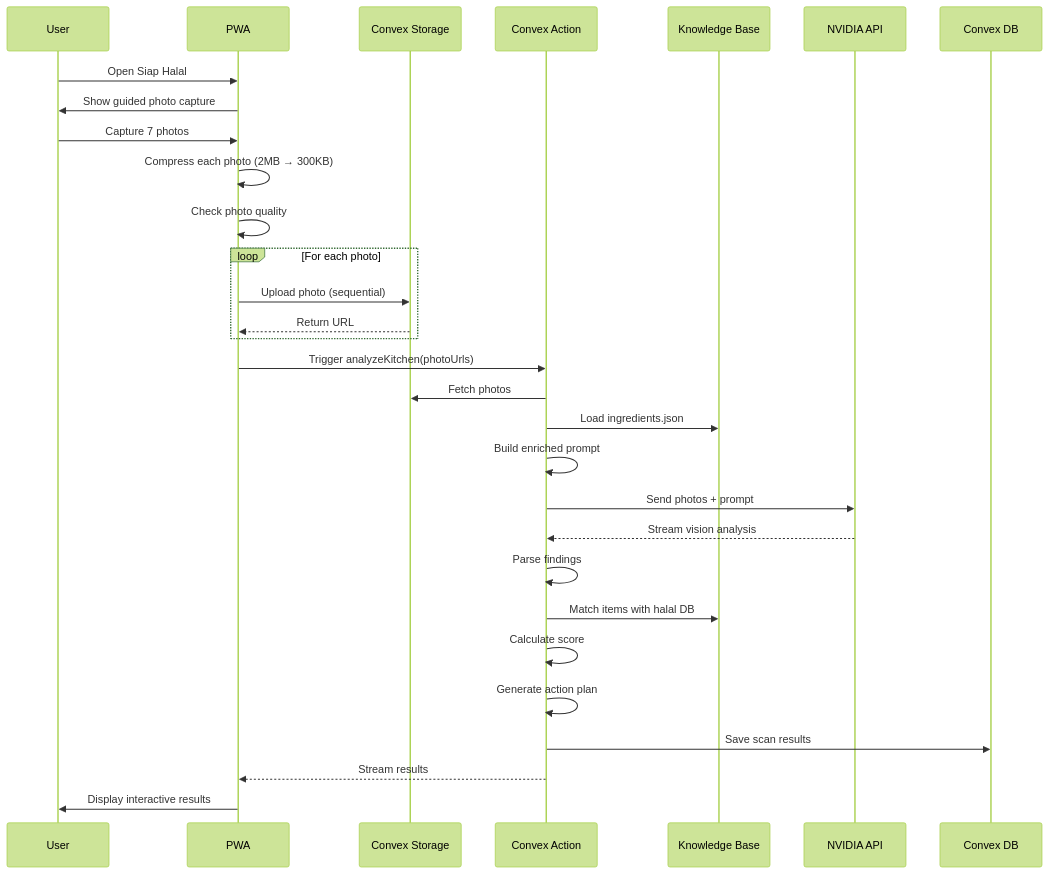
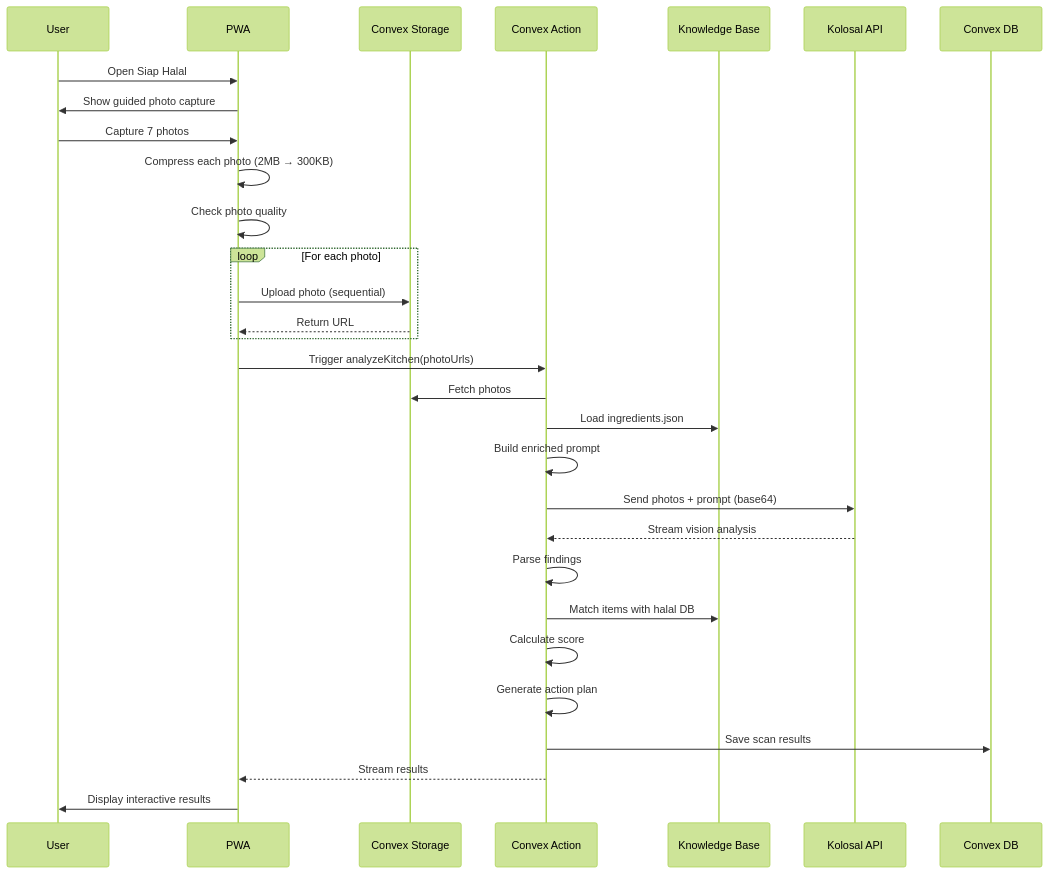
Before and after one commit to rokimiftah/SAH-in-Aja: the diagram in docs/2_SIAP_HALAL_COMPLETE_PLAN.md, drawn with Mermaid (forest theme). The commit also changed other lines of this file and 3 other files, not shown here.

First line of the commit message:
docs: update all documentation to reflect Kolosal API migration

````diff
--- a/docs/2_SIAP_HALAL_COMPLETE_PLAN.md
+++ b/docs/2_SIAP_HALAL_COMPLETE_PLAN.md
@@ -762,32 +762,32 @@
 ```mermaid
 sequenceDiagram
     User->>PWA: Open Siap Halal
     PWA->>User: Show guided photo capture
     User->>PWA: Capture 7 photos
     PWA->>PWA: Compress each photo (2MB → 300KB)
     PWA->>PWA: Check photo quality
 
     loop For each photo
         PWA->>Convex Storage: Upload photo (sequential)
         Convex Storage-->>PWA: Return URL
     end
 
     PWA->>Convex Action: Trigger analyzeKitchen(photoUrls)
 
     Convex Action->>Convex Storage: Fetch photos
     Convex Action->>Knowledge Base: Load ingredients.json
     Convex Action->>Convex Action: Build enriched prompt
-    Convex Action->>NVIDIA API: Send photos + prompt
+    Convex Action->>Kolosal API: Send photos + prompt (base64)
 
-    NVIDIA API-->>Convex Action: Stream vision analysis
+    Kolosal API-->>Convex Action: Stream vision analysis
 
     Convex Action->>Convex Action: Parse findings
     Convex Action->>Knowledge Base: Match items with halal DB
     Convex Action->>Convex Action: Calculate score
     Convex Action->>Convex Action: Generate action plan
 
     Convex Action->>Convex DB: Save scan results
     Convex Action-->>PWA: Stream results
 
     PWA->>User: Display interactive results
 ```
````
